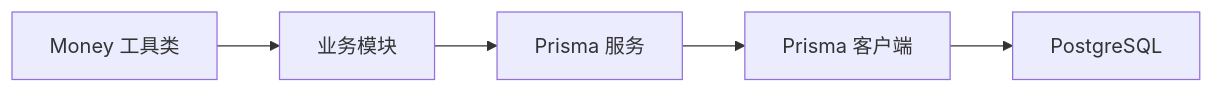
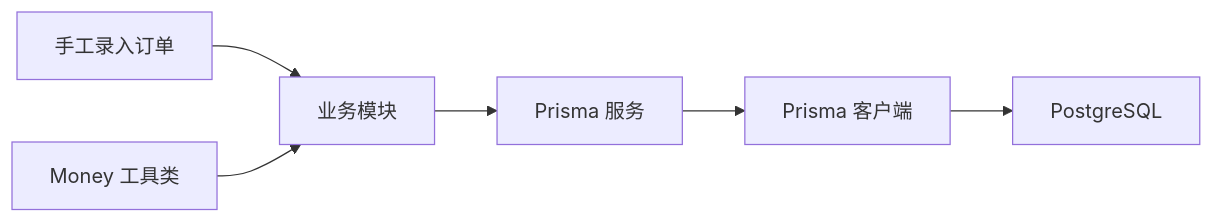
Diagram 18 of 18 in .qoder/repowiki/zh/content/数据库设计/数据库架构概览.md (rc558620/purelyprofit-server), drawn with Mermaid before and after one commit. The commit also changed other lines of this file and 16 other files, not shown here.

````diff
--- a/.qoder/repowiki/zh/content/数据库设计/数据库架构概览.md
+++ b/.qoder/repowiki/zh/content/数据库设计/数据库架构概览.md
@@ -771,7 +928,8 @@
 ```mermaid
 graph LR
 Biz["业务模块"] --> PrismaSvc["Prisma 服务"]
 PrismaSvc --> PrismaClient["Prisma 客户端"]
 PrismaClient --> PG["PostgreSQL"]
+ManualEntry["手工录入订单"] --> Biz
 MoneyUtils["Money 工具类"] --> Biz
 ```
````
